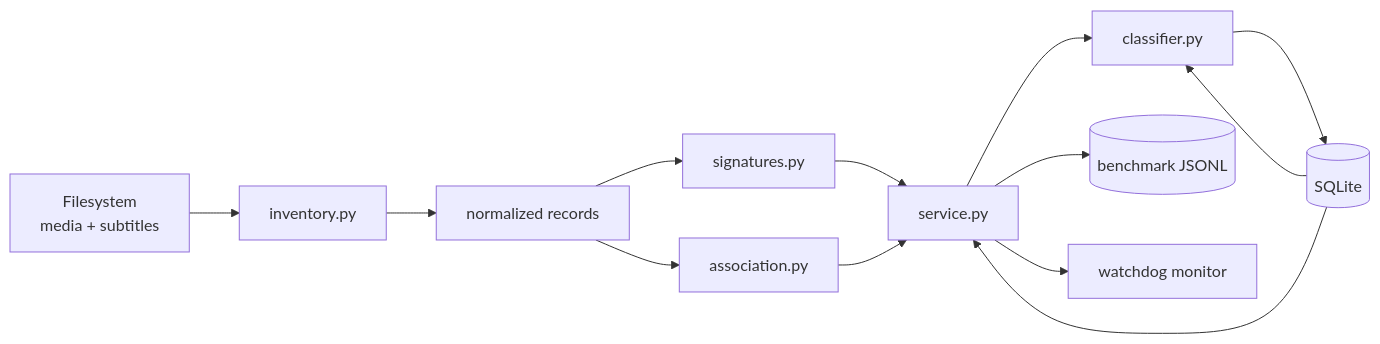
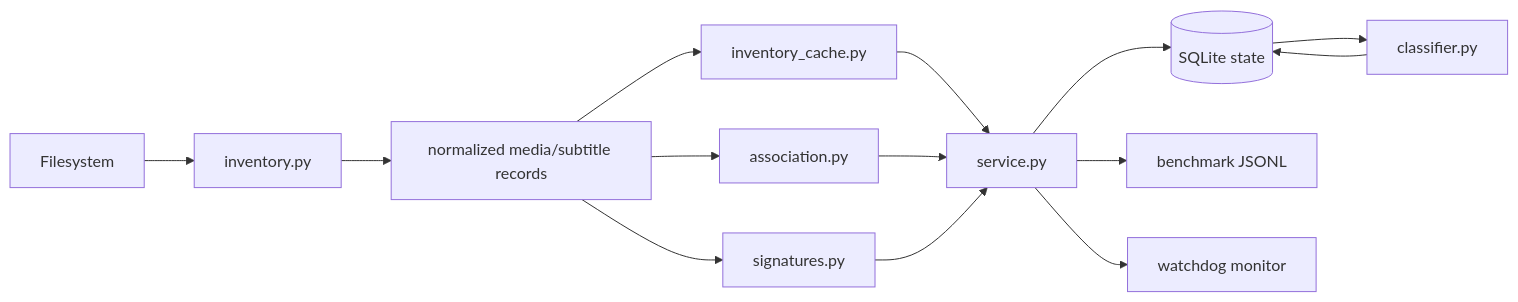
The third of 5 diagrams in subgen_startup_scan/README.md (ngallodev/subgen), drawn with Mermaid before and after one commit. The commit also changed other lines of this file and 34 other files, not shown here.

````diff
--- a/subgen_startup_scan/README.md
+++ b/subgen_startup_scan/README.md
@@ -105,17 +124,19 @@
 ```mermaid
 flowchart LR
-    FS["Filesystem\nmedia + subtitles"] --> INV["inventory.py"]
-    INV --> REC["normalized records"]
+    FS["Filesystem"] --> INV["inventory.py"]
+    INV --> REC["normalized media/subtitle records"]
+    REC --> ASSOC["association.py"]
     REC --> SIG["signatures.py"]
-    REC --> ASSOC["association.py"]
+    REC --> CACHE["inventory_cache.py"]
 
-    SIG --> SVC["service.py"]
+    CACHE --> SVC["service.py"]
     ASSOC --> SVC
-    SVC --> CLS["classifier.py"]
-    CLS --> DB[(SQLite)]
-    DB --> CLS
-    DB --> SVC
+    SIG --> SVC
 
-    SVC --> B[(benchmark JSONL)]
+    SVC --> DB[(SQLite state)]
+    DB --> CLS["classifier.py"]
+    CLS --> DB
+
+    SVC --> BENCH["benchmark JSONL"]
     SVC --> MON["watchdog monitor"]
 ```
````
